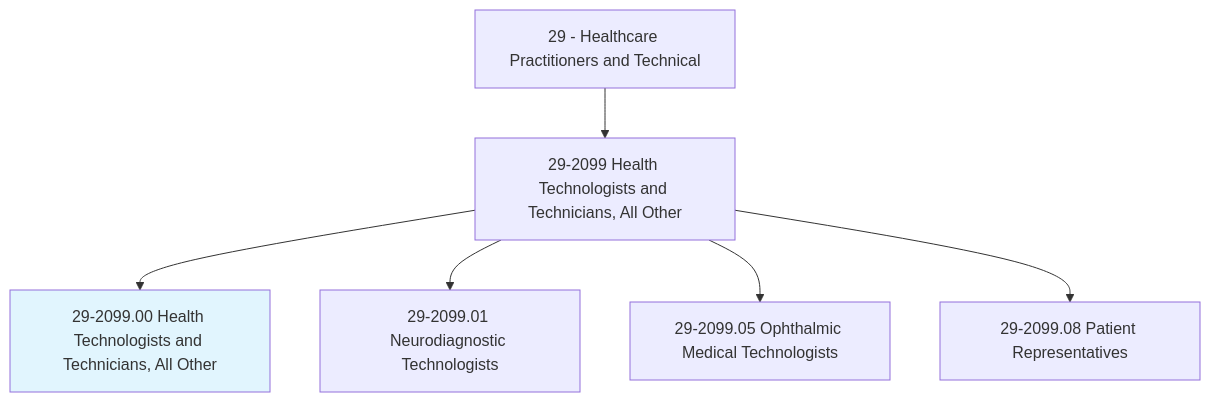
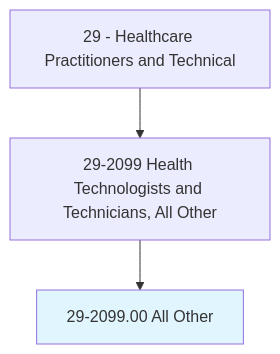
The first of 2 diagrams in occupations/HealthcarePractitioners/HealthTechnologistsAndTechnicians.mdx (kziemski/business.org.ai), drawn with Mermaid before and after one commit. The commit also changed other lines of this file and 938 other files, not shown here.

````diff
--- a/occupations/HealthcarePractitioners/HealthTechnologistsAndTechnicians.mdx
+++ b/occupations/HealthcarePractitioners/HealthTechnologistsAndTechnicians.mdx
@@ -19,9 +23,6 @@
 ```mermaid
 graph TD
     Cat29["29 - Healthcare Practitioners and Technical"] --> Group292099["29-2099 Health Technologists and Technicians, All Other"]
-    Group292099 --> Current["29-2099.00 Health Technologists and Technicians, All Other"]
+    Group292099 --> Current["29-2099.00 All Other"]
     style Current fill:#e1f5fe
-    Group292099 --> V29209901["29-2099.01 Neurodiagnostic Technologists"]
-    Group292099 --> V29209905["29-2099.05 Ophthalmic Medical Technologists"]
-    Group292099 --> V29209908["29-2099.08 Patient Representatives"]
 ```
````
